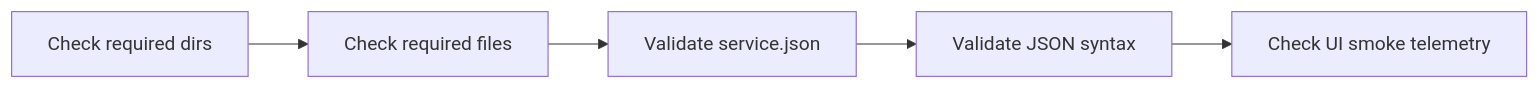
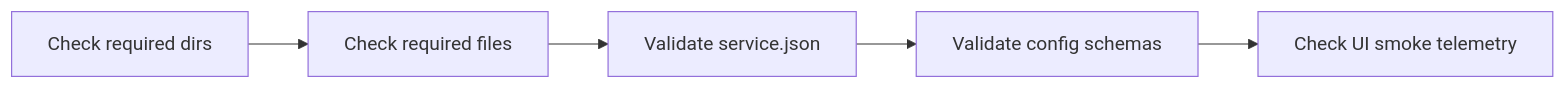
One commit to Vrooli/Vrooli changed the second of 3 diagrams in scenarios/test-genie/api/internal/orchestrator/phases/README.md. Above: the diagram before and after it, drawn with Mermaid. The commit also changed other lines of this file and 64 other files, not shown here.

````diff
--- a/scenarios/test-genie/api/internal/orchestrator/phases/README.md
+++ b/scenarios/test-genie/api/internal/orchestrator/phases/README.md
@@ -120,7 +120,7 @@
 ```mermaid
 flowchart LR
     A[Check required dirs] --> B[Check required files]
     B --> C[Validate service.json]
-    C --> D[Validate JSON syntax]
+    C --> D[Validate config schemas]
     D --> E[Check UI smoke telemetry]
 ```
````
